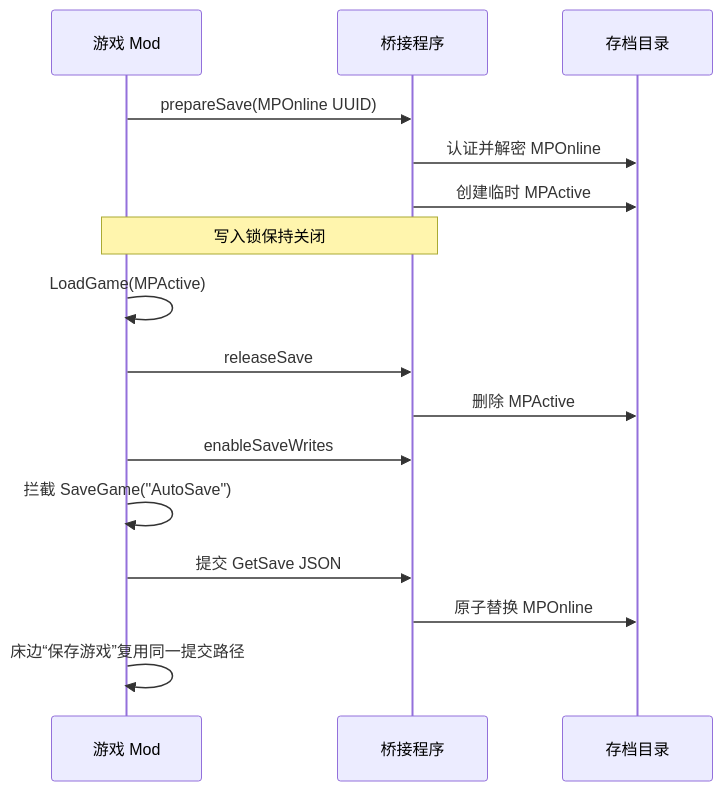
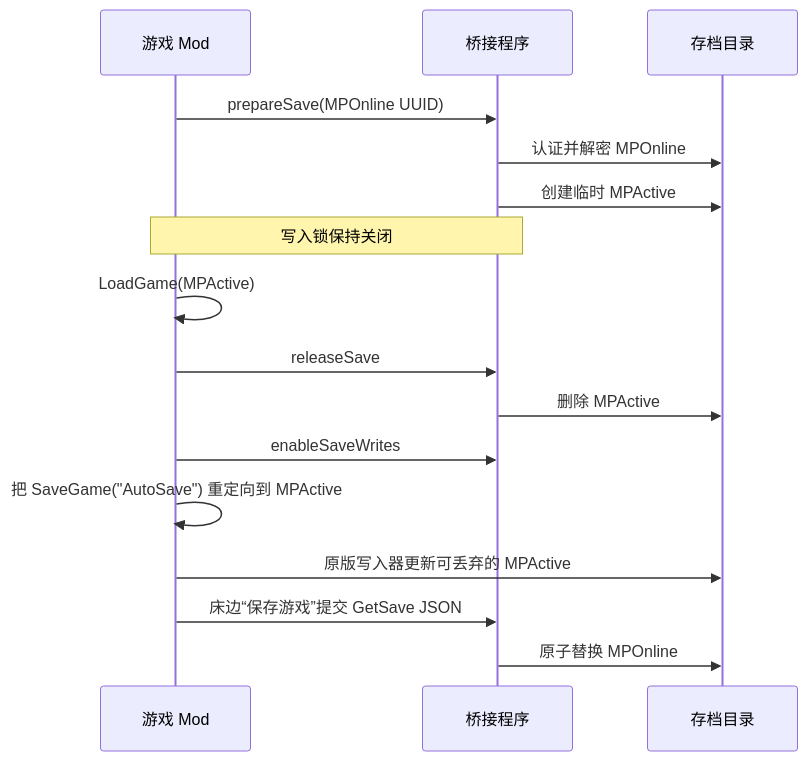
The second of 2 diagrams in docs/ARCHITECTURE.zh-CN.md (Sakura-QoQ/Multiplayer-Mod), drawn with Mermaid before and after one commit. The commit also changed other lines of this file and 7 other files, not shown here.

````diff
--- a/docs/ARCHITECTURE.zh-CN.md
+++ b/docs/ARCHITECTURE.zh-CN.md
@@ -59,18 +59,18 @@
 ```mermaid
 sequenceDiagram
     participant G as 游戏 Mod
     participant B as 桥接程序
     participant D as 存档目录
     G->>B: prepareSave(MPOnline UUID)
     B->>D: 认证并解密 MPOnline
     B->>D: 创建临时 MPActive
     Note over G,B: 写入锁保持关闭
     G->>G: LoadGame(MPActive)
     G->>B: releaseSave
     B->>D: 删除 MPActive
     G->>B: enableSaveWrites
-    G->>G: 拦截 SaveGame("AutoSave")
-    G->>B: 提交 GetSave JSON
+    G->>G: 把 SaveGame("AutoSave") 重定向到 MPActive
+    G->>D: 原版写入器更新可丢弃的 MPActive
+    G->>B: 床边“保存游戏”提交 GetSave JSON
     B->>D: 原子替换 MPOnline
-    G->>G: 床边“保存游戏”复用同一提交路径
 ```
````
